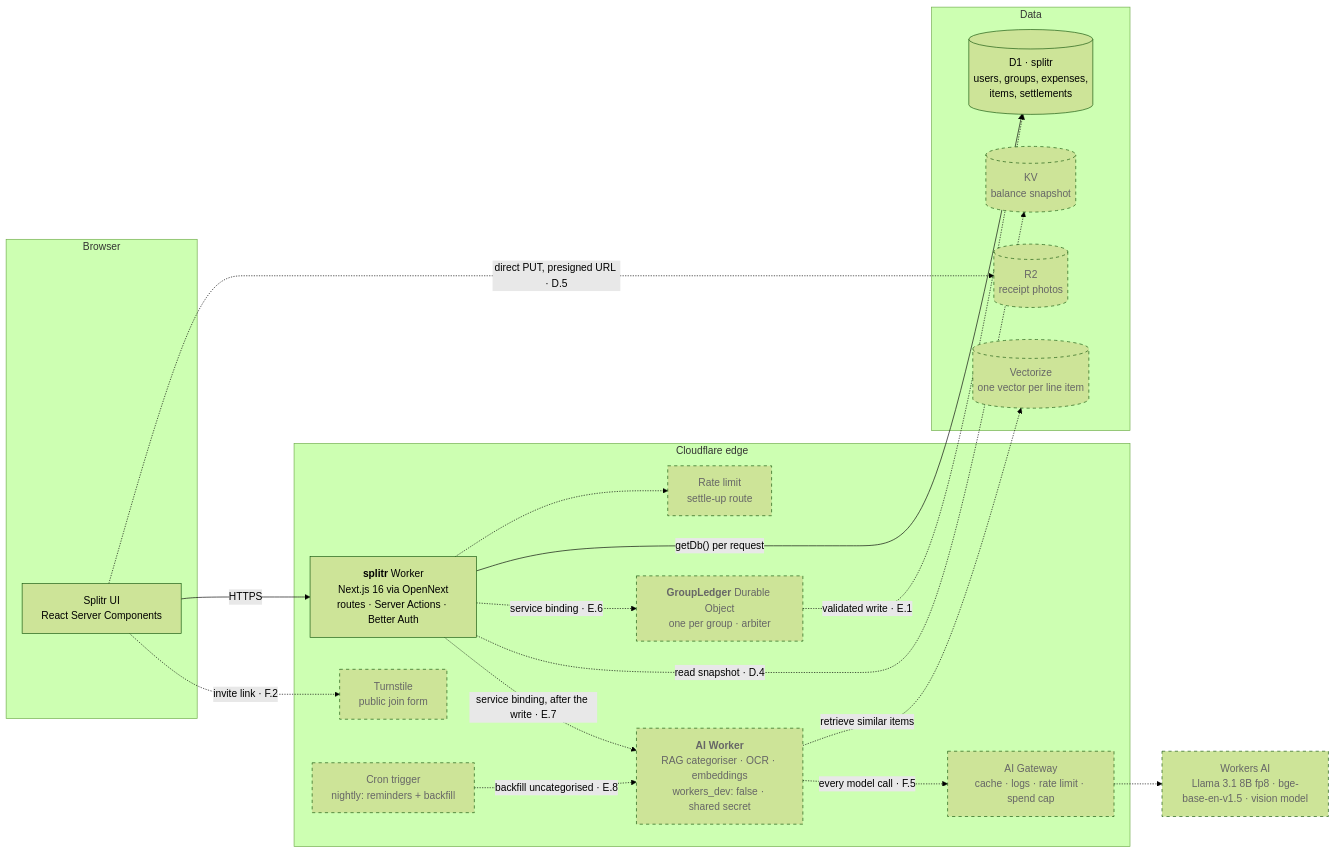
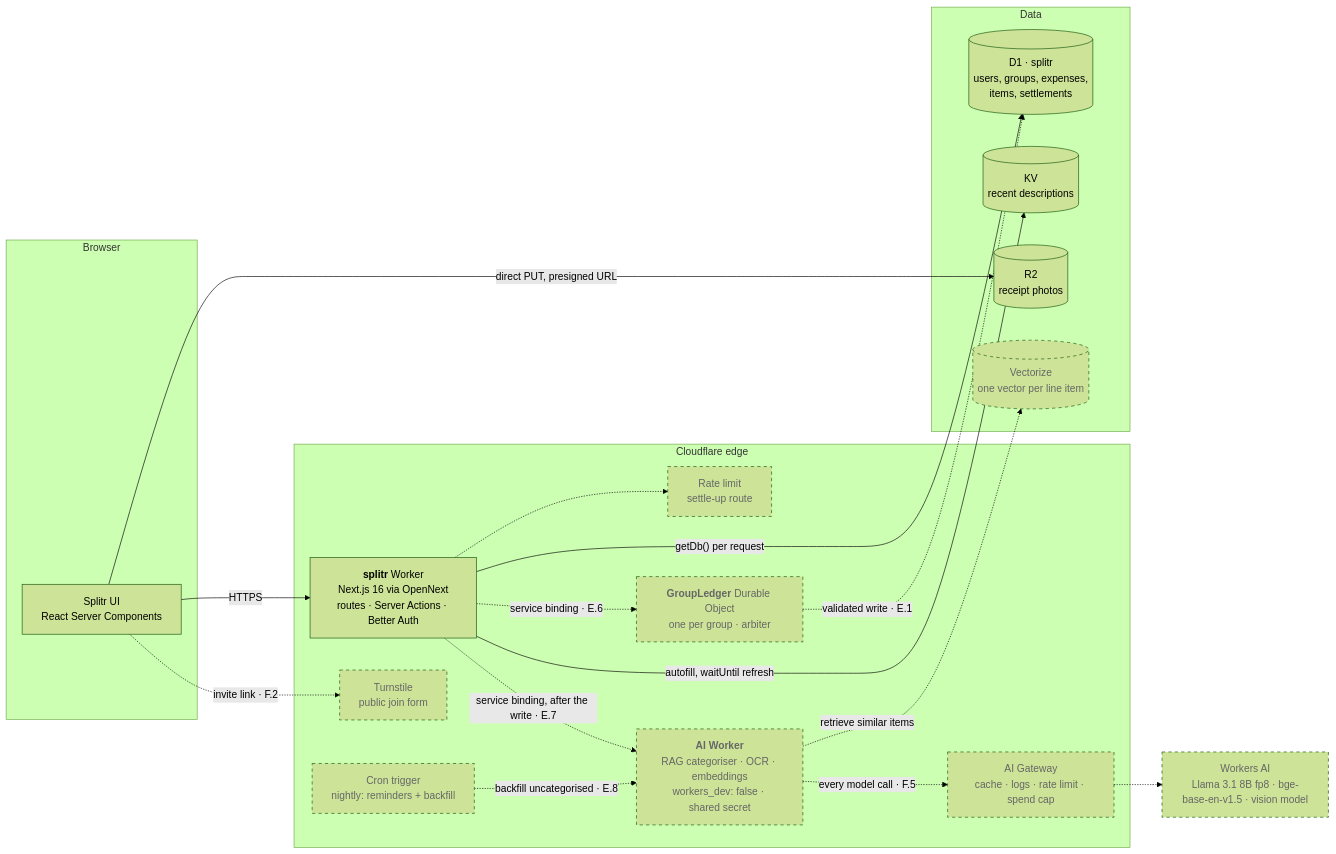
One commit to rafio-dgn/splitr changed the first of 9 diagrams in README.md. Above: the diagram before and after it, drawn with Mermaid (forest theme). The commit also changed other lines of this file and 11 other files, not shown here.

````diff
--- a/README.md
+++ b/README.md
@@ -90,42 +92,42 @@
 ```mermaid
 flowchart LR
     subgraph client["Browser"]
         UI["Splitr UI<br/>React Server Components"]
     end
 
     subgraph edge["Cloudflare edge"]
         APP["<b>splitr</b> Worker<br/>Next.js 16 via OpenNext<br/>routes · Server Actions · Better Auth"]
         TS["Turnstile<br/>public join form"]
         RL["Rate limit<br/>settle-up route"]
         DO["<b>GroupLedger</b> Durable Object<br/>one per group · arbiter"]
         AIW["<b>AI Worker</b><br/>RAG categoriser · OCR · embeddings<br/>workers_dev: false · shared secret"]
         CRON["Cron trigger<br/>nightly: reminders + backfill"]
         GW["AI Gateway<br/>cache · logs · rate limit · spend cap"]
     end
 
     subgraph data["Data"]
         D1[("D1 · splitr<br/>users, groups, expenses,<br/>items, settlements")]
-        KV[("KV<br/>balance snapshot")]
+        KV[("KV<br/>recent descriptions")]
         R2[("R2<br/>receipt photos")]
         VEC[("Vectorize<br/>one vector per line item")]
     end
 
     WAI["Workers AI<br/>Llama 3.1 8B fp8 · bge-base-en-v1.5 · vision model"]
 
     UI -->|"HTTPS"| APP
     APP -->|"getDb() per request"| D1
-    UI -.->|"direct PUT, presigned URL · D.5"| R2
+    UI -->|"direct PUT, presigned URL"| R2
     UI -.->|"invite link · F.2"| TS
-    APP -.->|"read snapshot · D.4"| KV
+    APP -->|"autofill, waitUntil refresh"| KV
     APP -.->|"service binding · E.6"| DO
     APP -.-> RL
     DO -.->|"validated write · E.1"| D1
     APP -.->|"service binding, after the write · E.7"| AIW
     AIW -.->|"retrieve similar items"| VEC
     AIW -.->|"every model call · F.5"| GW
     GW -.-> WAI
     CRON -.->|"backfill uncategorised · E.8"| AIW
 
     classDef planned stroke-dasharray: 5 5,color:#666
-    class TS,RL,DO,AIW,CRON,GW,KV,R2,VEC,WAI planned
+    class TS,RL,DO,AIW,CRON,GW,VEC,WAI planned
 ```
````
